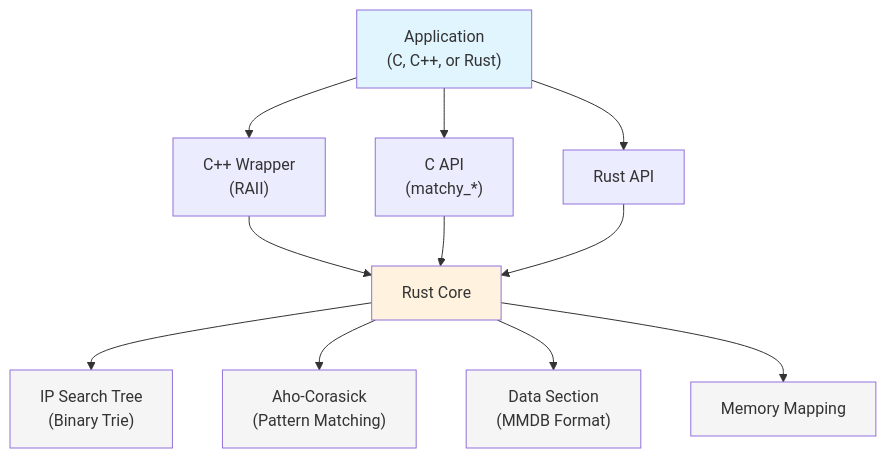
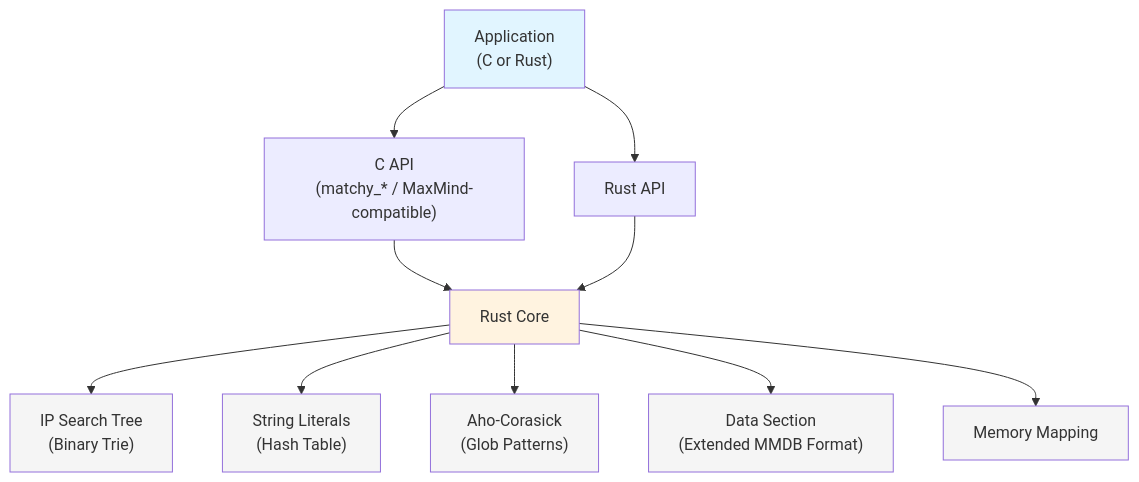
The diagram in README.md (sethhall/matchy), drawn with Mermaid before and after one commit. The commit also changed other lines of this file and 26 other files, not shown here.

````diff
--- a/README.md
+++ b/README.md
@@ -445,18 +550,19 @@
 ```mermaid
 flowchart TD
-    App["Application<br/>(C, C++, or Rust)"] --> CPP["C++ Wrapper<br/>(RAII)"] & CAPI["C API<br/>(matchy_*)"] & Rust["Rust API"]
-    CPP --> Core
+    App["Application<br/>(C or Rust)"] --> CAPI["C API<br/>(matchy_* / MaxMind-compatible)"] & Rust["Rust API"]
     CAPI --> Core
     Rust --> Core
     Core["Rust Core"] --> IPTree["IP Search Tree<br/>(Binary Trie)"]
-    Core --> AC["Aho-Corasick<br/>(Pattern Matching)"]
-    Core --> Data["Data Section<br/>(MMDB Format)"]
+    Core --> Literals["String Literals<br/>(Hash Table)"]
+    Core --> AC["Aho-Corasick<br/>(Glob Patterns)"]
+    Core --> Data["Data Section<br/>(Extended MMDB Format)"]
     Core --> Mmap["Memory Mapping"]
     
     style App fill:#e1f5ff
     style Core fill:#fff3e0
     style IPTree fill:#f5f5f5
+    style Literals fill:#f5f5f5
     style AC fill:#f5f5f5
     style Data fill:#f5f5f5
     style Mmap fill:#f5f5f5
 ```
````
